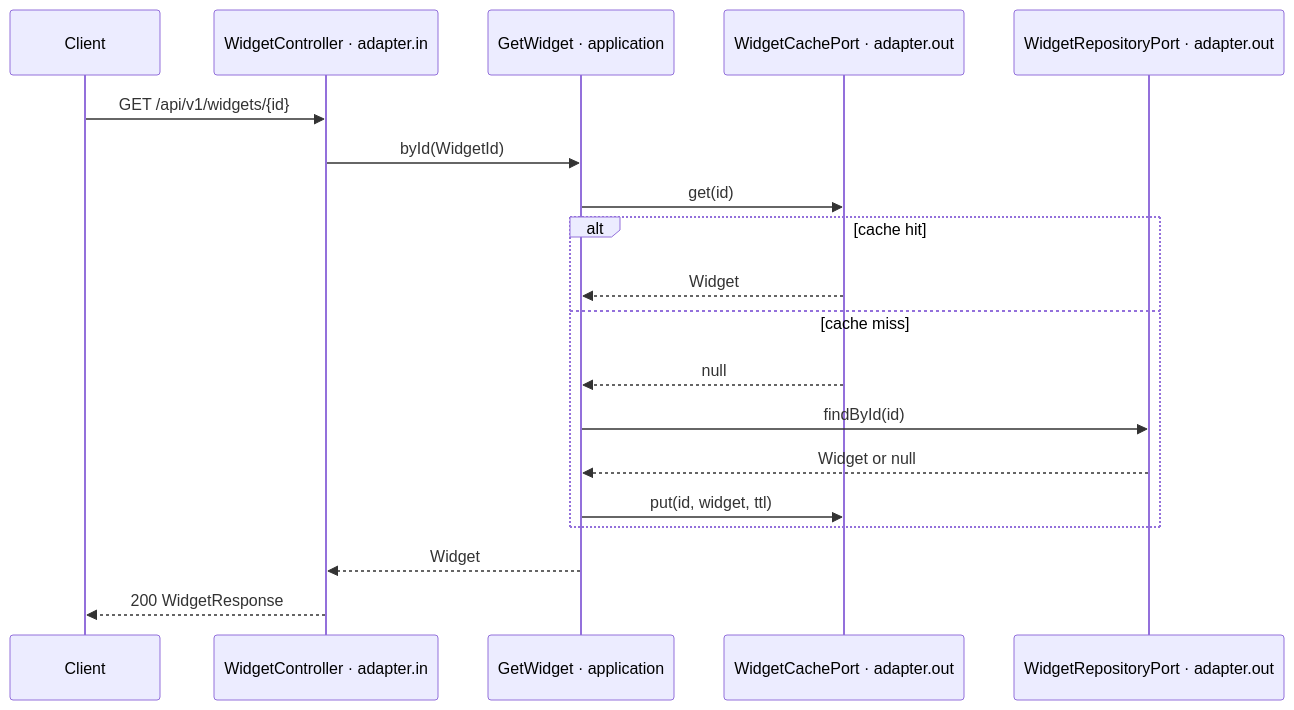
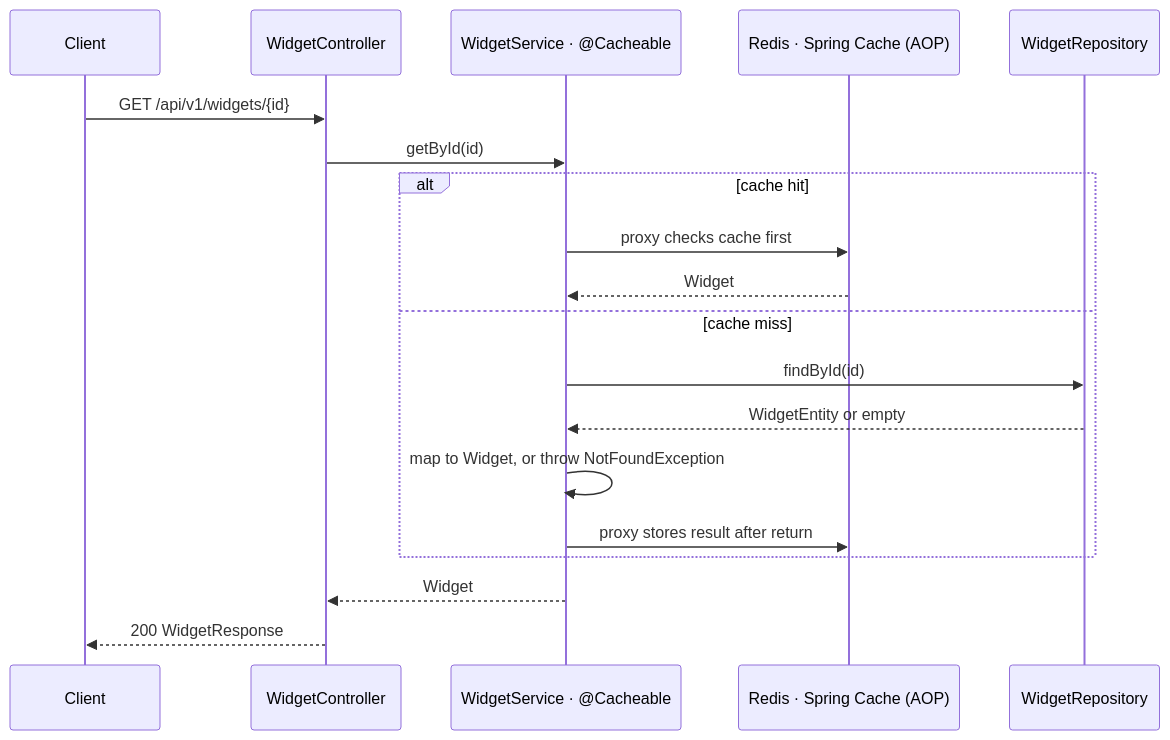
The second of 3 diagrams in _bmad-output/planning-artifacts/architecture/architecture-hl-backend-kotlin-starter-2026-09-07/ARCHITECTURE-SPINE.md (valyalkin/hl-backend-kotlin-starter), drawn with Mermaid before and after one commit. The commit also changed other lines of this file and 11 other files, not shown here.

First line of the commit message:
Add epic and story breakdown; refine PRD and architecture spine

````diff
--- a/_bmad-output/planning-artifacts/architecture/architecture-hl-backend-kotlin-starter-2026-09-07/ARCHITECTURE-SPINE.md
+++ b/_bmad-output/planning-artifacts/architecture/architecture-hl-backend-kotlin-starter-2026-09-07/ARCHITECTURE-SPINE.md
@@ -244,21 +237,22 @@
 ```mermaid
 sequenceDiagram
     participant C as Client
-    participant W as WidgetController · adapter.in
-    participant U as GetWidget · application
-    participant K as WidgetCachePort · adapter.out
-    participant R as WidgetRepositoryPort · adapter.out
+    participant W as WidgetController
+    participant S as WidgetService · @Cacheable
+    participant Rds as Redis · Spring Cache (AOP)
+    participant Rep as WidgetRepository
+
     C->>W: GET /api/v1/widgets/{id}
-    W->>U: byId(WidgetId)
-    U->>K: get(id)
+    W->>S: getById(id)
     alt cache hit
-        K-->>U: Widget
+        S->>Rds: proxy checks cache first
+        Rds-->>S: Widget
     else cache miss
-        K-->>U: null
-        U->>R: findById(id)
-        R-->>U: Widget or null
-        U->>K: put(id, widget, ttl)
+        S->>Rep: findById(id)
+        Rep-->>S: WidgetEntity or empty
+        S->>S: map to Widget, or throw NotFoundException
+        S->>Rds: proxy stores result after return
     end
-    U-->>W: Widget
+    S-->>W: Widget
     W-->>C: 200 WidgetResponse
 ```
````
